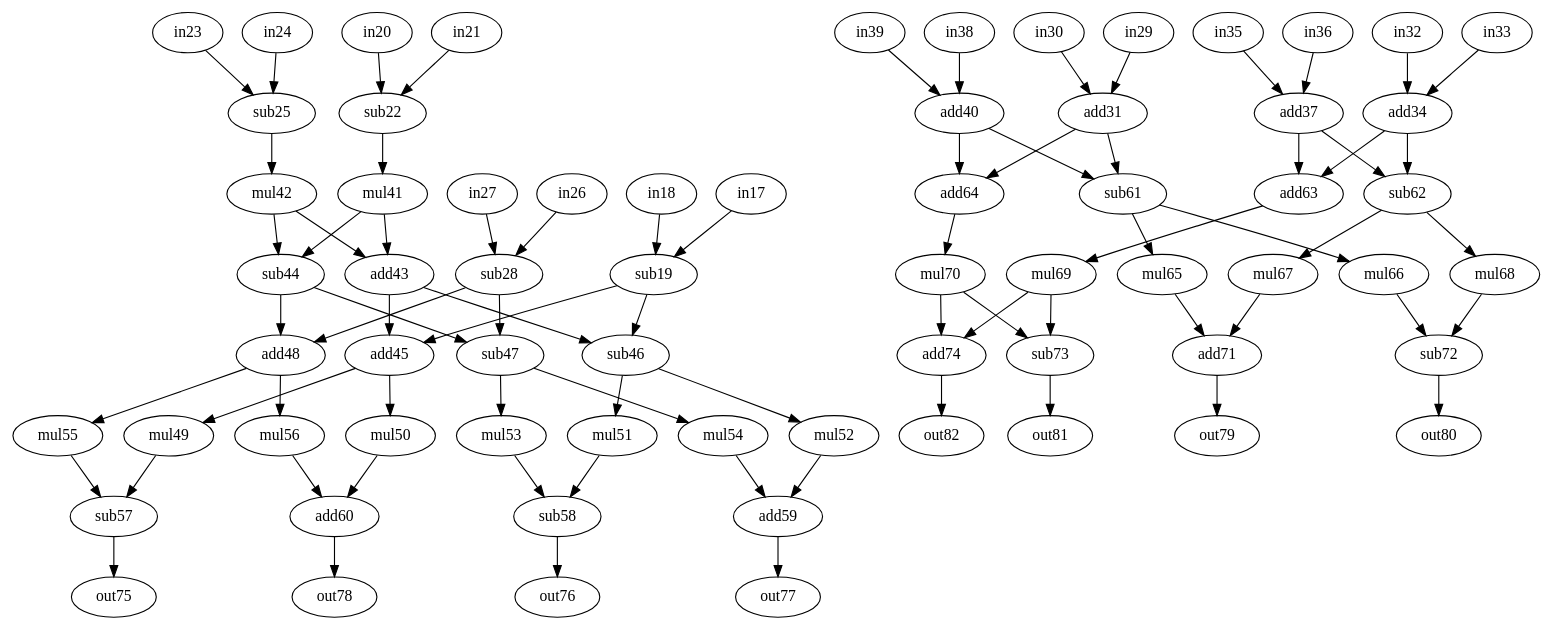
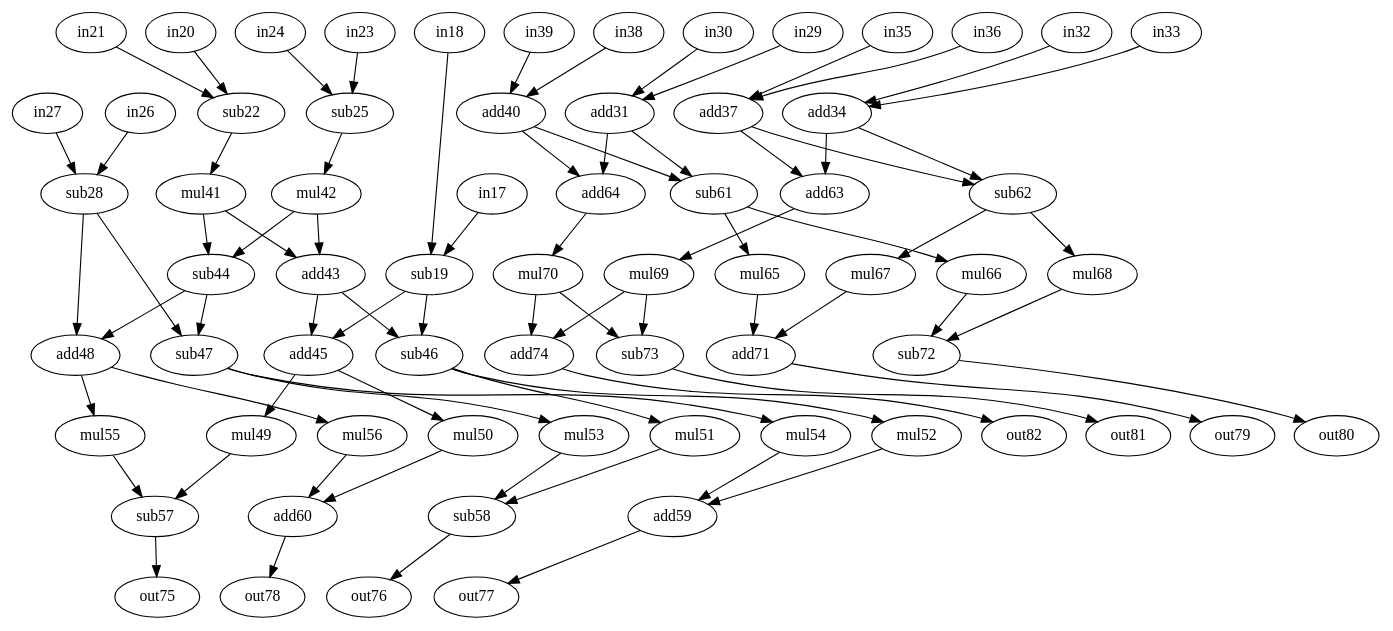
The diagram in bench/test_bench/cosine1.dot (jeronimopenha/traversal_project), drawn with Graphviz before and after one commit. The commit also changed 21144 other files, not shown here.

```diff
--- a/bench/test_bench/cosine1.dot
+++ b/bench/test_bench/cosine1.dot
@@ -1,144 +1,144 @@
 strict digraph "cosine1" {
 0 [label=add48, op=add];
 1 [label=out82, op=out];
 2 [label=sub73, op=sub];
 3 [label=in18, op=in];
 4 [label=mul65, op=muli, value=2];
 5 [label=mul41, op=muli, value=2];
 6 [label=add60, op=add];
 7 [label=mul42, op=muli, value=2];
 8 [label=mul50, op=muli, value=2];
 9 [label=in23, op=in];
 10 [label=in35, op=in];
 11 [label=in32, op=in];
 12 [label=sub46, op=sub];
 13 [label=out80, op=out];
 14 [label=add64, op=add];
 15 [label=mul70, op=muli, value=2];
 16 [label=sub44, op=sub];
 17 [label=in36, op=in];
 18 [label=out79, op=out];
 19 [label=in26, op=in];
 20 [label=in33, op=in];
 21 [label=mul55, op=muli, value=2];
 22 [label=sub22, op=sub];
 23 [label=mul66, op=muli, value=2];
 24 [label=sub19, op=sub];
 25 [label=add37, op=add];
 26 [label=mul69, op=muli, value=2];
 27 [label=sub62, op=sub];
 28 [label=add71, op=add];
 29 [label=mul51, op=muli, value=2];
 30 [label=in17, op=in];
 31 [label=sub58, op=sub];
 32 [label=mul49, op=muli, value=2];
 33 [label=add59, op=add];
 34 [label=sub28, op=sub];
 35 [label=in27, op=in];
 36 [label=sub25, op=sub];
 37 [label=sub47, op=sub];
 38 [label=in20, op=in];
 39 [label=add34, op=add];
 40 [label=out76, op=out];
 41 [label=mul54, op=muli, value=2];
 42 [label=add43, op=add];
 43 [label=out78, op=out];
 44 [label=in21, op=in];
 45 [label=in39, op=in];
 46 [label=in30, op=in];
 47 [label=out81, op=out];
 48 [label=mul52, op=muli, value=2];
 49 [label=add74, op=add];
 50 [label=out77, op=out];
 51 [label=out75, op=out];
 52 [label=add40, op=add];
 53 [label=sub72, op=sub];
 54 [label=in24, op=in];
 55 [label=in29, op=in];
 56 [label=in38, op=in];
 57 [label=mul67, op=muli, value=2];
 58 [label=mul53, op=muli, value=2];
 59 [label=mul56, op=muli, value=2];
 60 [label=add63, op=add];
 61 [label=add31, op=add];
 62 [label=add45, op=add];
 63 [label=mul68, op=muli, value=2];
 64 [label=sub57, op=sub];
 65 [label=sub61, op=sub];
-0 -> 21  [port=0, w=0];
-0 -> 59  [port=0, w=0];
-2 -> 47  [port=0, w=0];
-3 -> 24  [port=0, w=0];
-4 -> 28  [port=0, w=0];
-5 -> 42  [port=0, w=0];
-5 -> 16  [port=0, w=0];
-6 -> 43  [port=0, w=0];
-7 -> 42  [port=1, w=0];
-7 -> 16  [port=1, w=0];
-8 -> 6  [port=0, w=0];
-9 -> 36  [port=0, w=0];
-10 -> 25  [port=0, w=0];
-11 -> 39  [port=0, w=0];
-12 -> 48  [port=0, w=0];
-12 -> 29  [port=0, w=0];
-14 -> 15  [port=0, w=0];
-15 -> 49  [port=0, w=0];
-15 -> 2  [port=0, w=0];
-16 -> 0  [port=0, w=0];
-16 -> 37  [port=0, w=0];
-17 -> 25  [port=1, w=0];
-19 -> 34  [port=0, w=0];
-20 -> 39  [port=1, w=0];
-21 -> 64  [port=0, w=0];
-22 -> 5  [port=0, w=0];
-23 -> 53  [port=0, w=0];
-24 -> 62  [port=0, w=0];
-24 -> 12  [port=0, w=0];
-25 -> 60  [port=0, w=0];
-25 -> 27  [port=0, w=0];
-26 -> 49  [port=1, w=0];
-26 -> 2  [port=1, w=0];
-27 -> 63  [port=0, w=0];
-27 -> 57  [port=0, w=0];
-28 -> 18  [port=0, w=0];
-29 -> 31  [port=0, w=0];
-30 -> 24  [port=1, w=0];
-31 -> 40  [port=0, w=0];
-32 -> 64  [port=1, w=0];
-33 -> 50  [port=0, w=0];
-34 -> 37  [port=1, w=0];
-34 -> 0  [port=1, w=0];
-35 -> 34  [port=1, w=0];
-36 -> 7  [port=0, w=0];
-37 -> 41  [port=0, w=0];
-37 -> 58  [port=0, w=0];
-38 -> 22  [port=0, w=0];
-39 -> 60  [port=1, w=0];
-39 -> 27  [port=1, w=0];
-41 -> 33  [port=0, w=0];
-42 -> 12  [port=1, w=0];
-42 -> 62  [port=1, w=0];
-44 -> 22  [port=1, w=0];
-45 -> 52  [port=0, w=0];
-46 -> 61  [port=0, w=0];
-48 -> 33  [port=1, w=0];
-49 -> 1  [port=0, w=0];
-52 -> 65  [port=0, w=0];
-52 -> 14  [port=0, w=0];
-53 -> 13  [port=0, w=0];
-54 -> 36  [port=1, w=0];
-55 -> 61  [port=1, w=0];
-56 -> 52  [port=1, w=0];
-57 -> 28  [port=1, w=0];
-58 -> 31  [port=1, w=0];
-59 -> 6  [port=1, w=0];
-60 -> 26  [port=0, w=0];
-61 -> 14  [port=1, w=0];
-61 -> 65  [port=1, w=0];
-62 -> 8  [port=0, w=0];
-62 -> 32  [port=0, w=0];
-63 -> 53  [port=1, w=0];
-64 -> 51  [port=0, w=0];
-65 -> 23  [port=0, w=0];
-65 -> 4  [port=0, w=0];
+0 -> 21  [port=0, weight=0];
+0 -> 59  [port=0, weight=0];
+2 -> 47  [port=0, weight=0];
+3 -> 24  [port=0, weight=0];
+4 -> 28  [port=0, weight=0];
+5 -> 42  [port=0, weight=0];
+5 -> 16  [port=0, weight=0];
+6 -> 43  [port=0, weight=0];
+7 -> 42  [port=1, weight=0];
+7 -> 16  [port=1, weight=0];
+8 -> 6  [port=0, weight=0];
+9 -> 36  [port=0, weight=0];
+10 -> 25  [port=0, weight=0];
+11 -> 39  [port=0, weight=0];
+12 -> 48  [port=0, weight=0];
+12 -> 29  [port=0, weight=0];
+14 -> 15  [port=0, weight=0];
+15 -> 49  [port=0, weight=0];
+15 -> 2  [port=0, weight=0];
+16 -> 0  [port=0, weight=0];
+16 -> 37  [port=0, weight=0];
+17 -> 25  [port=1, weight=0];
+19 -> 34  [port=0, weight=0];
+20 -> 39  [port=1, weight=0];
+21 -> 64  [port=0, weight=0];
+22 -> 5  [port=0, weight=0];
+23 -> 53  [port=0, weight=0];
+24 -> 62  [port=0, weight=0];
+24 -> 12  [port=0, weight=0];
+25 -> 60  [port=0, weight=0];
+25 -> 27  [port=0, weight=0];
+26 -> 49  [port=1, weight=0];
+26 -> 2  [port=1, weight=0];
+27 -> 63  [port=0, weight=0];
+27 -> 57  [port=0, weight=0];
+28 -> 18  [port=0, weight=0];
+29 -> 31  [port=0, weight=0];
+30 -> 24  [port=1, weight=0];
+31 -> 40  [port=0, weight=0];
+32 -> 64  [port=1, weight=0];
+33 -> 50  [port=0, weight=0];
+34 -> 37  [port=1, weight=0];
+34 -> 0  [port=1, weight=0];
+35 -> 34  [port=1, weight=0];
+36 -> 7  [port=0, weight=0];
+37 -> 41  [port=0, weight=0];
+37 -> 58  [port=0, weight=0];
+38 -> 22  [port=0, weight=0];
+39 -> 60  [port=1, weight=0];
+39 -> 27  [port=1, weight=0];
+41 -> 33  [port=0, weight=0];
+42 -> 12  [port=1, weight=0];
+42 -> 62  [port=1, weight=0];
+44 -> 22  [port=1, weight=0];
+45 -> 52  [port=0, weight=0];
+46 -> 61  [port=0, weight=0];
+48 -> 33  [port=1, weight=0];
+49 -> 1  [port=0, weight=0];
+52 -> 65  [port=0, weight=0];
+52 -> 14  [port=0, weight=0];
+53 -> 13  [port=0, weight=0];
+54 -> 36  [port=1, weight=0];
+55 -> 61  [port=1, weight=0];
+56 -> 52  [port=1, weight=0];
+57 -> 28  [port=1, weight=0];
+58 -> 31  [port=1, weight=0];
+59 -> 6  [port=1, weight=0];
+60 -> 26  [port=0, weight=0];
+61 -> 14  [port=1, weight=0];
+61 -> 65  [port=1, weight=0];
+62 -> 8  [port=0, weight=0];
+62 -> 32  [port=0, weight=0];
+63 -> 53  [port=1, weight=0];
+64 -> 51  [port=0, weight=0];
+65 -> 23  [port=0, weight=0];
+65 -> 4  [port=0, weight=0];
 }
```
